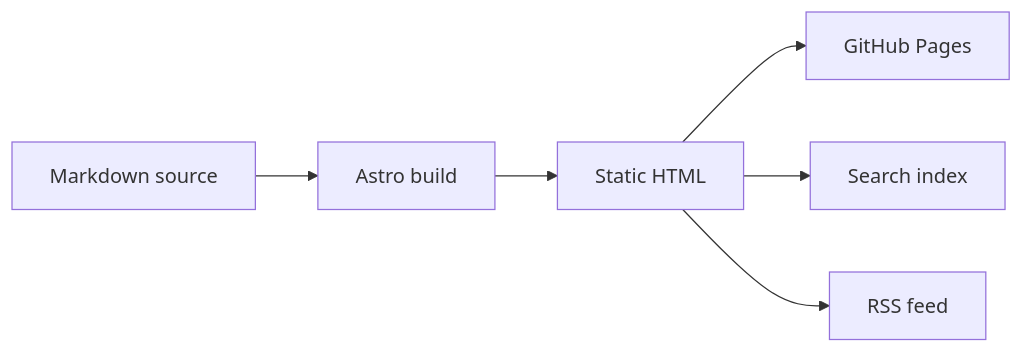
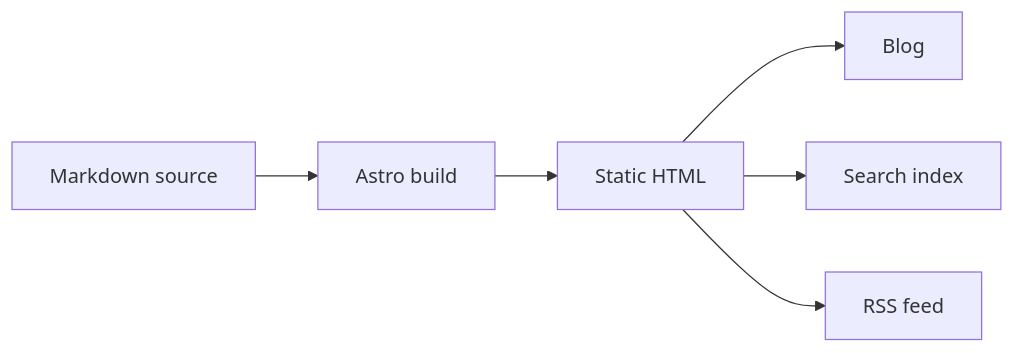
The first of 2 diagrams in content/posts/2026-06-11 - integration-showcase/index.md (NLeSC/blog), drawn with Mermaid before and after one commit. The commit also changed other lines of this file and 8 other files, not shown here.

````diff
--- a/content/posts/2026-06-11 - integration-showcase/index.md
+++ b/content/posts/2026-06-11 - integration-showcase/index.md
@@ -55,8 +240,8 @@
 ```mermaid
 graph LR
   Markdown[Markdown source] --> Astro[Astro build]
   Astro --> HTML[Static HTML]
-  HTML --> Pages[GitHub Pages]
+  HTML --> Website[Blog]
   HTML --> Search[Search index]
   HTML --> RSS[RSS feed]
 ```
````
